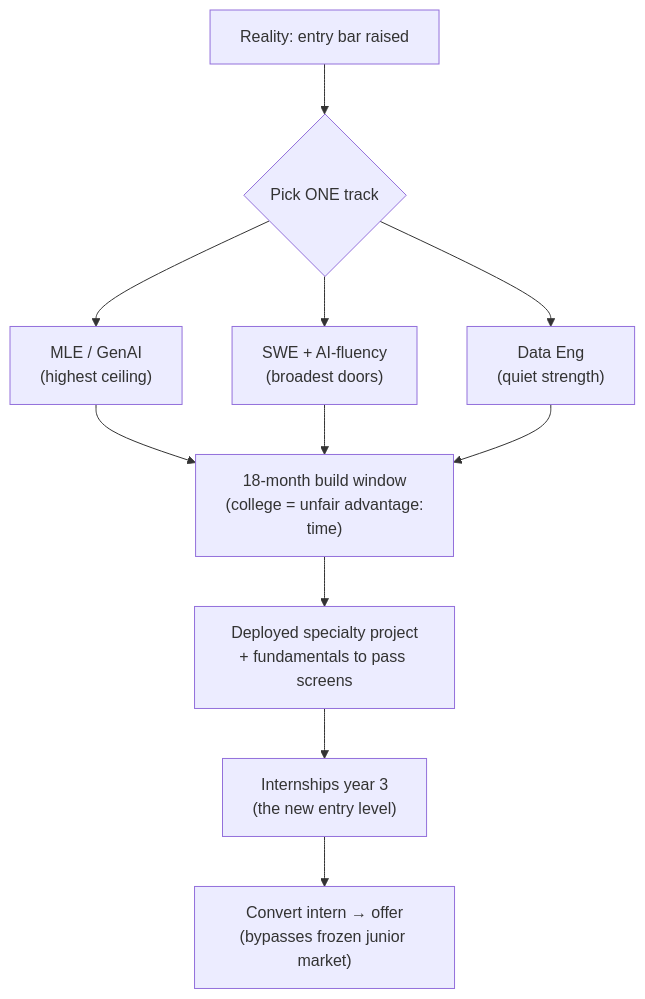
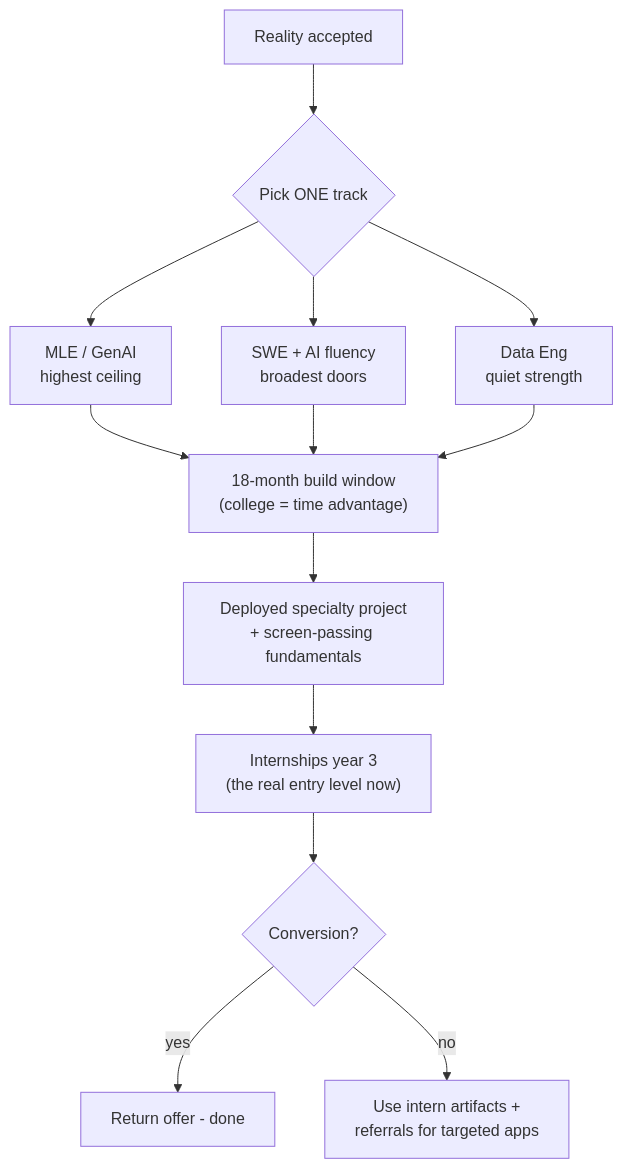
Before and after one commit to Anirudh-2810/Second-Brain: the second of 2 diagrams in wiki/modules/careers/market-analysis-tech-2026.md, drawn with Mermaid. The commit also changed other lines of this file and 6 other files, not shown here.

````diff
--- a/wiki/modules/careers/market-analysis-tech-2026.md
+++ b/wiki/modules/careers/market-analysis-tech-2026.md
@@ -62,11 +73,13 @@
 ```mermaid
 flowchart TD
-    N["Reality: entry bar raised"] --> S{"Pick ONE track"}
-    S --> A["MLE / GenAI<br/>(highest ceiling)"]
-    S --> B["SWE + AI-fluency<br/>(broadest doors)"]
-    S --> C["Data Eng<br/>(quiet strength)"]
-    A & B & C --> P["18-month build window<br/>(college = unfair advantage:<br/>time)"]
-    P --> D["Deployed specialty project<br/>+ fundamentals to pass screens"]
-    D --> I["Internships year 3<br/>(the new entry level)"]
-    I --> O["Convert intern → offer<br/>(bypasses frozen junior market)"]
+    N["Reality accepted"] --> S{"Pick ONE track"}
+    S --> A["MLE / GenAI<br/>highest ceiling"]
+    S --> B["SWE + AI fluency<br/>broadest doors"]
+    S --> C["Data Eng<br/>quiet strength"]
+    A & B & C --> P["18-month build window<br/>(college = time advantage)"]
+    P --> D["Deployed specialty project<br/>+ screen-passing fundamentals"]
+    D --> I["Internships year 3<br/>(the real entry level now)"]
+    I --> O{"Conversion?"}
+    O -->|"yes"| W["Return offer - done"]
+    O -->|"no"| M["Use intern artifacts +<br/>referrals for targeted apps"]
 ```
````
